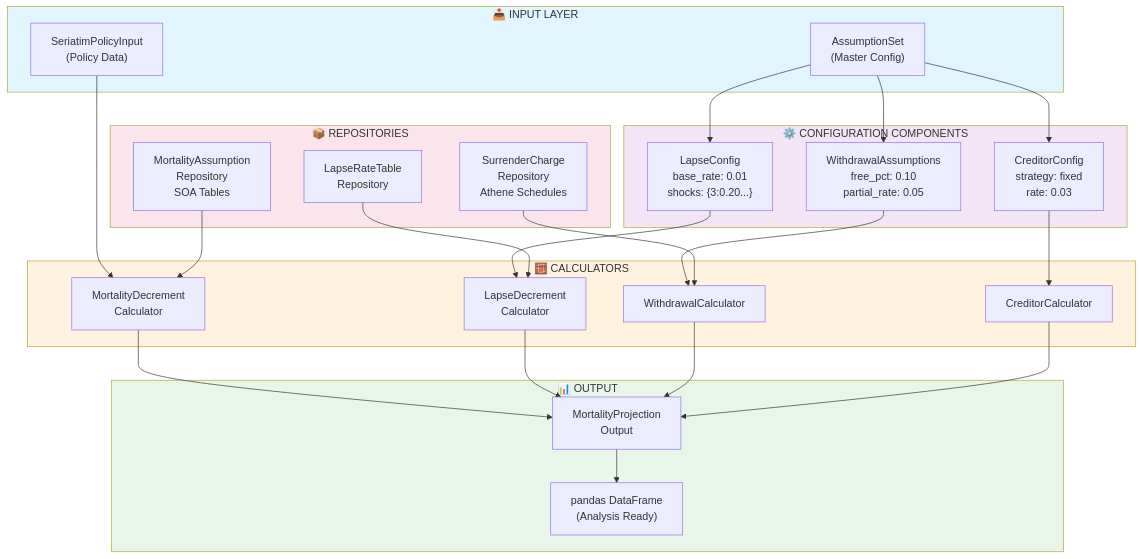
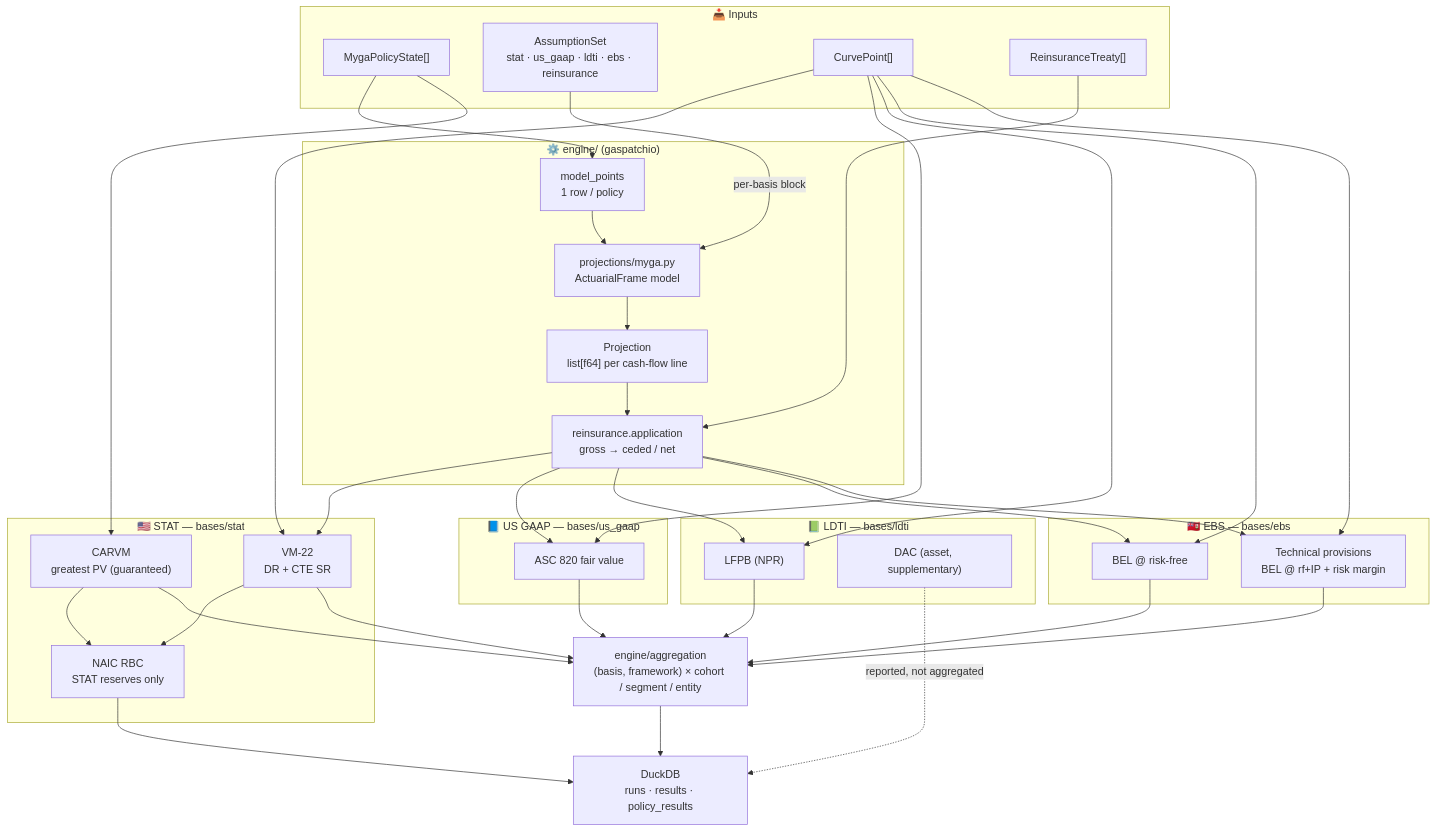
One commit to Ubermensch-6920/AKIRA changed the first of 4 diagrams in ARCHITECTURE_DIAGRAM.md. Above: the diagram before and after it, drawn with Mermaid. The commit also changed other lines of this file and 126 other files, not shown here.

````diff
--- a/ARCHITECTURE_DIAGRAM.md
+++ b/ARCHITECTURE_DIAGRAM.md
@@ -5,54 +5,47 @@
 ```mermaid
 graph TB
-    subgraph Input["📥 INPUT LAYER"]
-        AS["AssumptionSet<br/>(Master Config)"]
-        SC["SeriatimPolicyInput<br/>(Policy Data)"]
+    subgraph Inputs["📥 Inputs"]
+        POL["MygaPolicyState[]"]
+        AS["AssumptionSet<br/>stat · us_gaap · ldti · ebs · reinsurance"]
+        CRV["CurvePoint[]"]
+        TRT["ReinsuranceTreaty[]"]
     end
-    
-    subgraph Config["⚙️ CONFIGURATION COMPONENTS"]
-        LAP["LapseConfig<br/>base_rate: 0.01<br/>shocks: {3:0.20...}"]
-        WD["WithdrawalAssumptions<br/>free_pct: 0.10<br/>partial_rate: 0.05"]
-        CR["CreditorConfig<br/>strategy: fixed<br/>rate: 0.03"]
+
+    subgraph Engine["⚙️ engine/ (gaspatchio)"]
+        MP["model_points<br/>1 row / policy"]
+        MYGA["projections/myga.py<br/>ActuarialFrame model"]
+        PROJ["Projection<br/>list[f64] per cash-flow line"]
+        RE["reinsurance.application<br/>gross → ceded / net"]
     end
-    
-    subgraph Repos["📦 REPOSITORIES"]
-        MRT["MortalityAssumption<br/>Repository<br/>SOA Tables"]
-        LRT["LapseRateTable<br/>Repository"]
-        WRT["SurrenderCharge<br/>Repository<br/>Athene Schedules"]
+
+    subgraph STAT["🇺🇸 STAT — bases/stat"]
+        CARVM["CARVM<br/>greatest PV (guaranteed)"]
+        VM22["VM-22<br/>DR + CTE SR"]
+        RBC["NAIC RBC<br/>STAT reserves only"]
     end
-    
-    subgraph Calcs["🧮 CALCULATORS"]
-        MRC["MortalityDecrement<br/>Calculator"]
-        LRC["LapseDecrement<br/>Calculator"]
-        WRC["WithdrawalCalculator"]
-        CRC["CreditorCalculator"]
+    subgraph GAAP["📘 US GAAP — bases/us_gaap"]
+        FV["ASC 820 fair value"]
     end
-    
-    subgraph Output["📊 OUTPUT"]
-        MRO["MortalityProjection<br/>Output"]
-        DF["pandas DataFrame<br/>(Analysis Ready)"]
+    subgraph LDTI["📗 LDTI — bases/ldti"]
+        LFPB["LFPB (NPR)"]
+        DAC["DAC (asset, supplementary)"]
     end
-    
-    AS --> LAP & WD & CR
-    SC --> MRC
-    LAP --> LRC
-    WD --> WRC
-    CR --> CRC
-    
-    MRT --> MRC
-    LRT --> LRC
-    WRT --> WRC
-    
-    MRC --> MRO
-    LRC --> MRO
-    WRC --> MRO
-    CRC --> MRO
-    
-    MRO --> DF
-    
-    style Input fill:#e1f5ff
-    style Config fill:#f3e5f5
-    style Repos fill:#fce4ec
-    style Calcs fill:#fff3e0
-    style Output fill:#e8f5e9
+    subgraph EBS["🇧🇲 EBS — bases/ebs"]
+        BEL["BEL @ risk-free"]
+        TP["Technical provisions<br/>BEL @ rf+IP + risk margin"]
+    end
+
+    AGG["engine/aggregation<br/>(basis, framework) × cohort / segment / entity"]
+    STORE["DuckDB<br/>runs · results · policy_results"]
+
+    POL --> MP --> MYGA --> PROJ --> RE
+    AS -- "per-basis block" --> MYGA
+    TRT --> RE
+    POL --> CARVM
+    RE --> VM22 & FV & LFPB & BEL & TP
+    CRV --> VM22 & FV & LFPB & BEL & TP
+    CARVM & VM22 --> RBC
+    CARVM & VM22 & FV & LFPB & BEL & TP --> AGG --> STORE
+    DAC -. "reported, not aggregated" .-> STORE
+    RBC --> STORE
 ```
````
